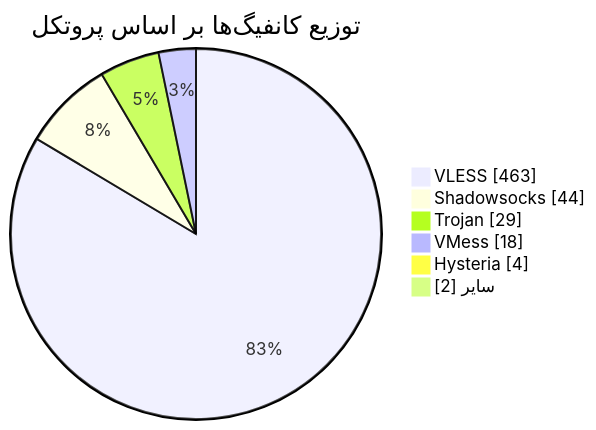
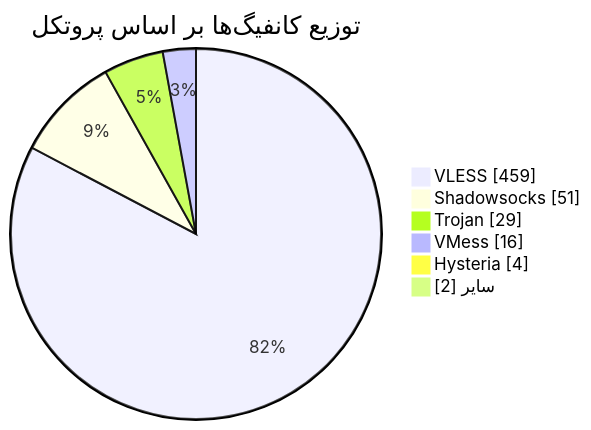
One commit to Arian-Alijani/Somthing changed the diagram in README.md. Above: the diagram before and after it, drawn with Mermaid. The commit also changed other lines of this file and 91 other files, not shown here.

````diff
--- a/README.md
+++ b/README.md
@@ -48,10 +48,10 @@
 ```mermaid
 pie showData
     title توزیع کانفیگ‌ها بر اساس پروتکل
-    "VLESS" : 463
-    "Shadowsocks" : 44
+    "VLESS" : 459
+    "Shadowsocks" : 51
     "Trojan" : 29
-    "VMess" : 18
+    "VMess" : 16
     "Hysteria" : 4
     "سایر" : 2
 ```
````
